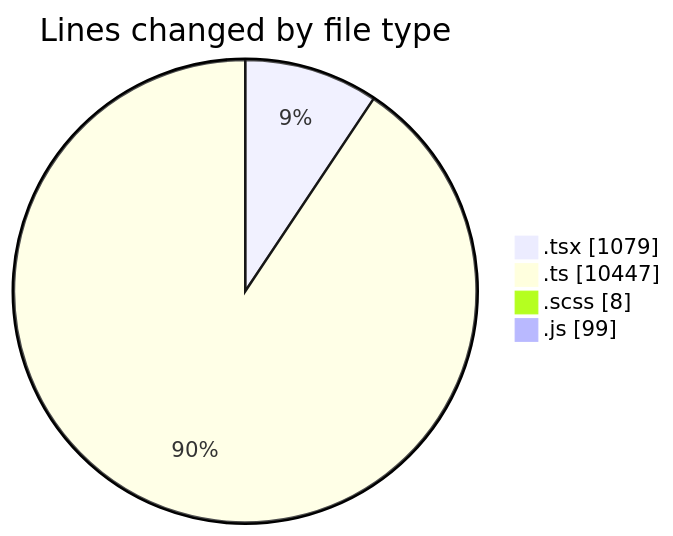
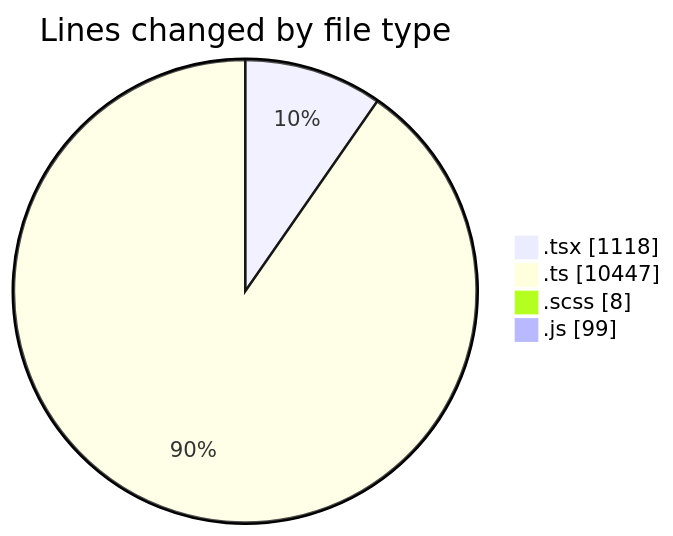
The first of 2 diagrams in 2025-03-26/cda/README.md (momahboobian/code-tracking), drawn with Mermaid before and after one commit. The commit also changed other lines of this file and 1 other file, not shown here.

````diff
--- a/2025-03-26/cda/README.md
+++ b/2025-03-26/cda/README.md
@@ -41,8 +41,8 @@
 ```mermaid
 pie showData
 title Lines changed by file type
-".tsx" : 1079
+".tsx" : 1118
 ".ts" : 10447
 ".scss" : 8
 ".js" : 99
 ```
````
